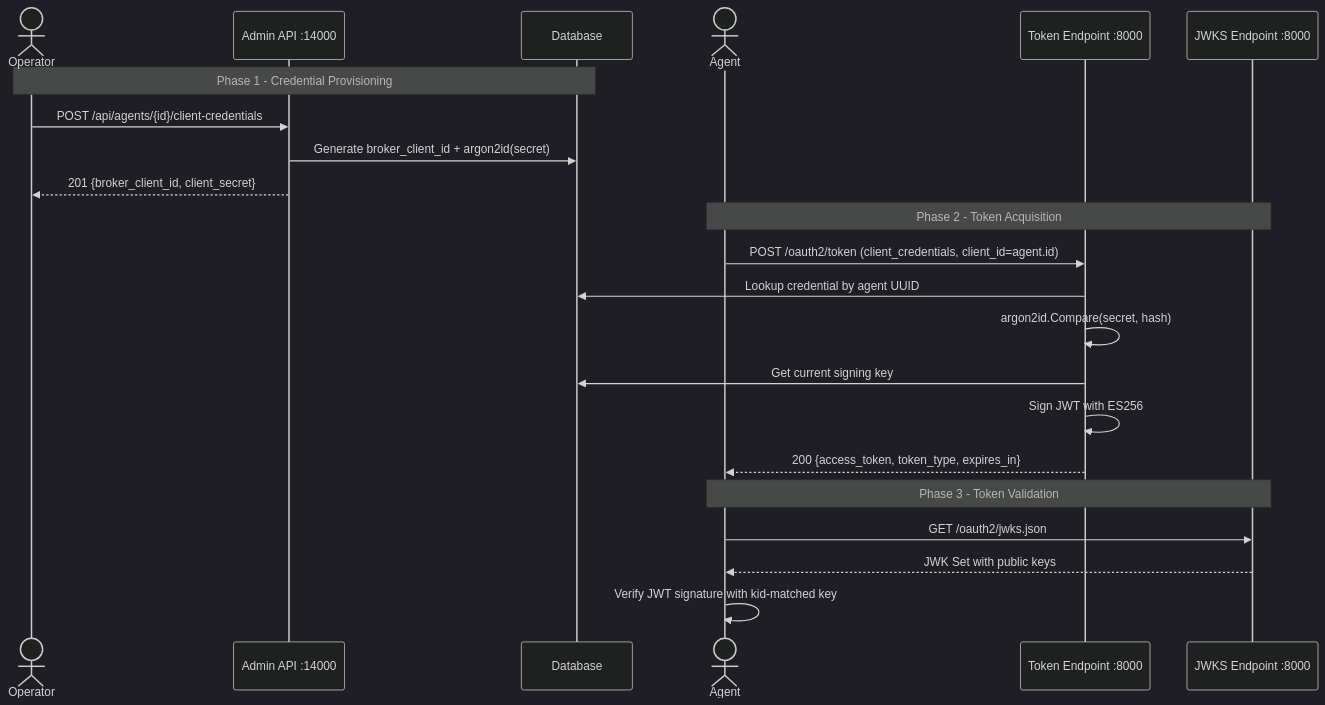
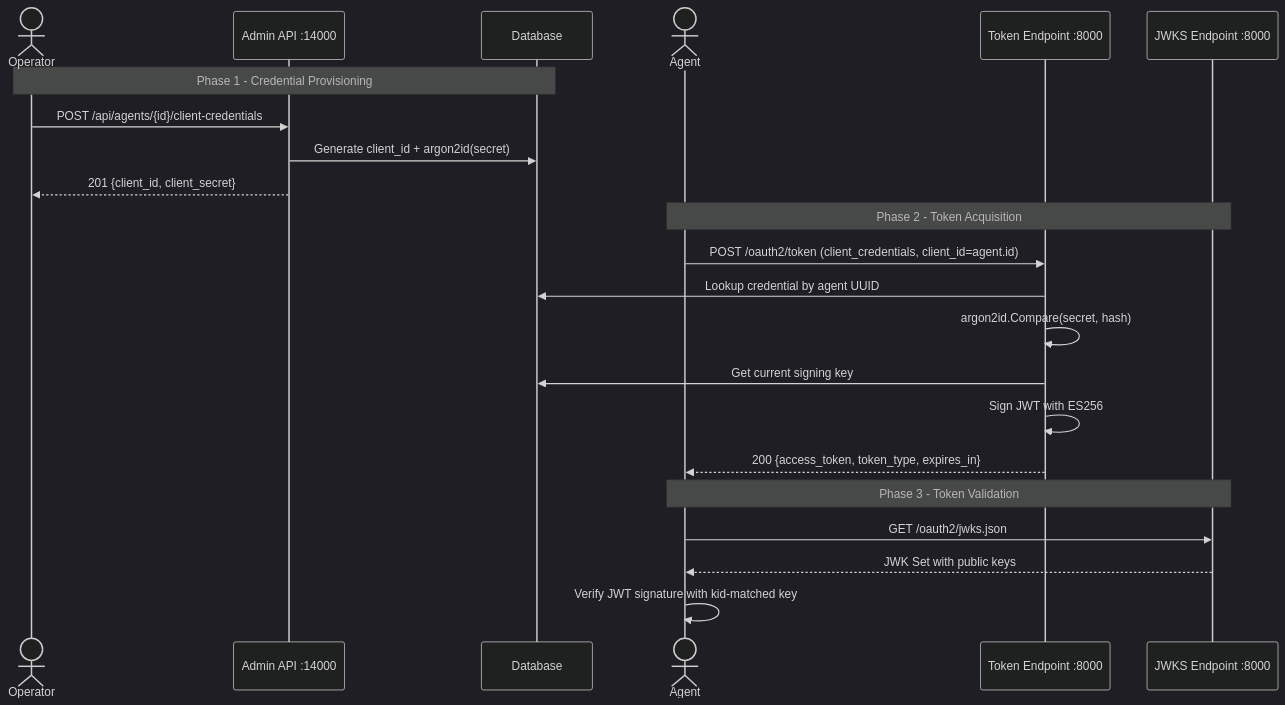
Before and after one commit to axsaucedo/agentic-identity-broker: the first of 2 diagrams in specs/025-oauth2-server/contracts/api-contracts.md, drawn with Mermaid (dark theme). The commit also changed other lines of this file and 7 other files, not shown here.

Commit message:
docs(specs): rename broker_client_id to client_id in spec documents

````diff
--- a/specs/025-oauth2-server/contracts/api-contracts.md
+++ b/specs/025-oauth2-server/contracts/api-contracts.md
@@ -464,27 +464,27 @@
 ```mermaid
 sequenceDiagram
     actor Operator
     participant AdminAPI as Admin API :14000
     participant DB as Database
     actor Agent
     participant TokenEP as Token Endpoint :8000
     participant JWKS as JWKS Endpoint :8000
 
     Note over Operator,DB: Phase 1 - Credential Provisioning
     Operator->>AdminAPI: POST /api/agents/{id}/client-credentials
-    AdminAPI->>DB: Generate broker_client_id + argon2id(secret)
-    AdminAPI-->>Operator: 201 {broker_client_id, client_secret}
+    AdminAPI->>DB: Generate client_id + argon2id(secret)
+    AdminAPI-->>Operator: 201 {client_id, client_secret}
 
     Note over Agent,JWKS: Phase 2 - Token Acquisition
     Agent->>TokenEP: POST /oauth2/token (client_credentials, client_id=agent.id)
     TokenEP->>DB: Lookup credential by agent UUID
     TokenEP->>TokenEP: argon2id.Compare(secret, hash)
     TokenEP->>DB: Get current signing key
     TokenEP->>TokenEP: Sign JWT with ES256
     TokenEP-->>Agent: 200 {access_token, token_type, expires_in}
 
     Note over Agent,JWKS: Phase 3 - Token Validation
     Agent->>JWKS: GET /oauth2/jwks.json
     JWKS-->>Agent: JWK Set with public keys
     Agent->>Agent: Verify JWT signature with kid-matched key
 ```
````
